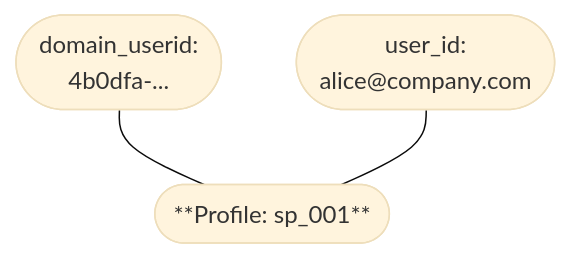
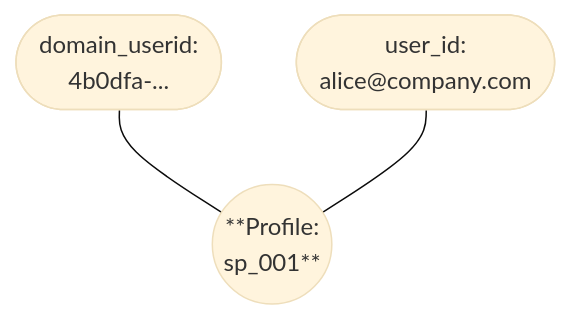
Before and after one commit to snowplow/documentation: the second of 9 diagrams in docs/identities/concepts/index.md, drawn with Mermaid (base theme). The commit also changed other lines of this file and 2 other files, not shown here.

````diff
--- a/docs/identities/concepts/index.md
+++ b/docs/identities/concepts/index.md
@@ -48,9 +55,9 @@
 ```mermaid
 graph TD
     A(["domain_userid:<br/>4b0dfa-..."])
     B(["user_id:<br/>alice@company.com"])
-    C(["**Profile: sp_001**"])
+    C(("**Profile:<br/>sp_001**"))
 
     A --- C
     B --- C
 ```
````
